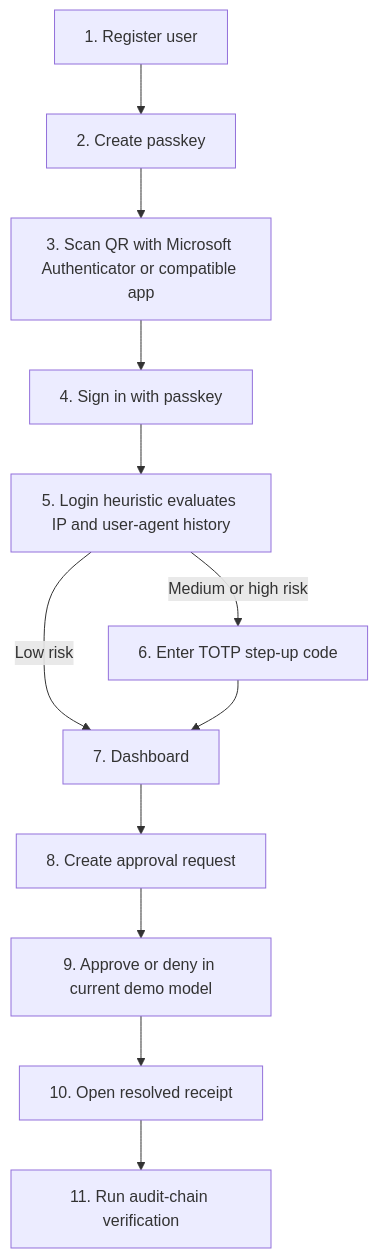
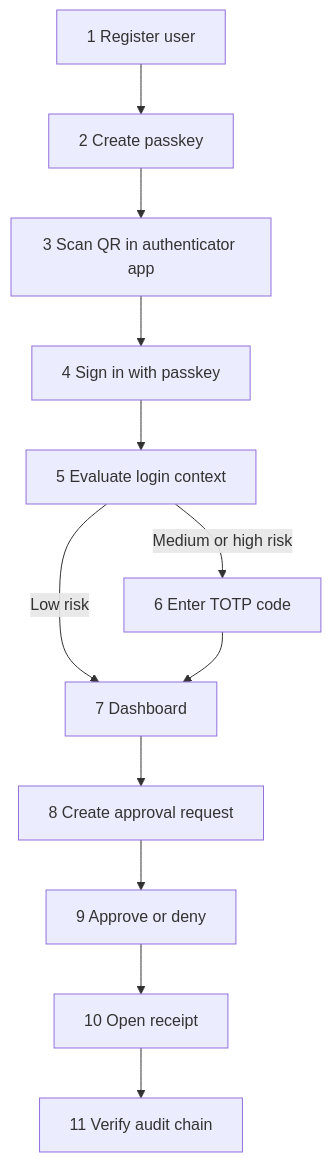
Before and after one commit to Kushh-Santhosh/TRUSTLINE: the second of 8 diagrams in README.md, drawn with Mermaid. The commit also changed other lines of this file, not shown here.

Commit message:
docs: fix GitHub Mermaid rendering

````diff
--- a/README.md
+++ b/README.md
@@ -129,14 +129,14 @@
 ```mermaid
 flowchart TD
-  R[1. Register user] --> PK[2. Create passkey]
-  PK --> QR[3. Scan QR with Microsoft Authenticator or compatible app]
-  QR --> L[4. Sign in with passkey]
-  L --> RE[5. Login heuristic evaluates IP and user-agent history]
-  RE -->|Low risk| D[7. Dashboard]
-  RE -->|Medium or high risk| MFA[6. Enter TOTP step-up code]
+  R["1 Register user"] --> PK["2 Create passkey"]
+  PK --> QR["3 Scan QR in authenticator app"]
+  QR --> L["4 Sign in with passkey"]
+  L --> RE["5 Evaluate login context"]
+  RE -->|"Low risk"| D["7 Dashboard"]
+  RE -->|"Medium or high risk"| MFA["6 Enter TOTP code"]
   MFA --> D
-  D --> AR[8. Create approval request]
-  AR --> V[9. Approve or deny in current demo model]
-  V --> RC[10. Open resolved receipt]
-  RC --> AC[11. Run audit-chain verification]
+  D --> AR["8 Create approval request"]
+  AR --> V["9 Approve or deny"]
+  V --> RC["10 Open receipt"]
+  RC --> AC["11 Verify audit chain"]
 ```
````
